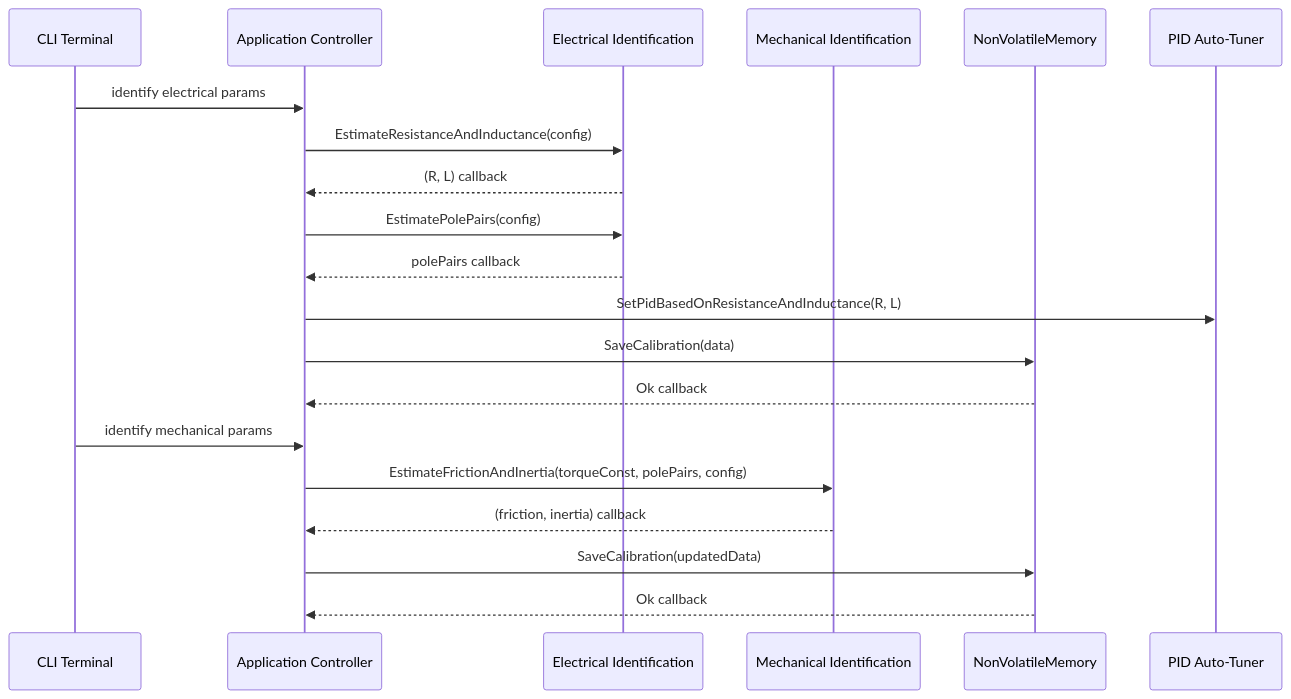
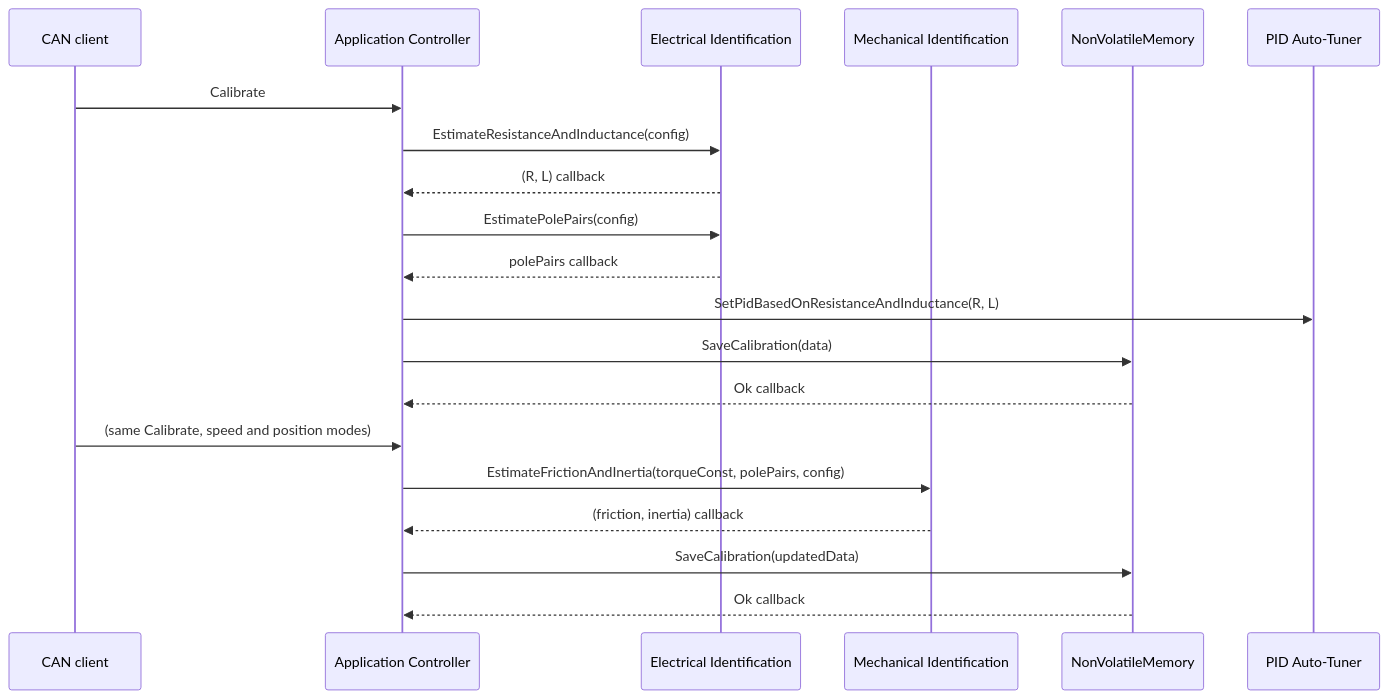
Before and after one commit to embedded-pro/e-foc: the sixth of 7 diagrams in documentation/architecture/system.md, drawn with Mermaid. The commit also changed other lines of this file and 54 other files, not shown here.

````diff
--- a/documentation/architecture/system.md
+++ b/documentation/architecture/system.md
@@ -452,24 +453,24 @@
 ```mermaid
 sequenceDiagram
-    participant CLI as CLI Terminal
+    participant Client as CAN client
     participant SM as Application Controller
     participant ELEC as Electrical Identification
     participant MECH as Mechanical Identification
     participant NVM as NonVolatileMemory
     participant PID as PID Auto-Tuner
 
-    CLI->>SM: identify electrical params
+    Client->>SM: Calibrate
     SM->>ELEC: EstimateResistanceAndInductance(config)
     ELEC-->>SM: (R, L) callback
     SM->>ELEC: EstimatePolePairs(config)
     ELEC-->>SM: polePairs callback
     SM->>PID: SetPidBasedOnResistanceAndInductance(R, L)
     SM->>NVM: SaveCalibration(data)
     NVM-->>SM: Ok callback
 
-    CLI->>SM: identify mechanical params
+    Client->>SM: (same Calibrate, speed and position modes)
     SM->>MECH: EstimateFrictionAndInertia(torqueConst, polePairs, config)
     MECH-->>SM: (friction, inertia) callback
     SM->>NVM: SaveCalibration(updatedData)
     NVM-->>SM: Ok callback
 ```
````
